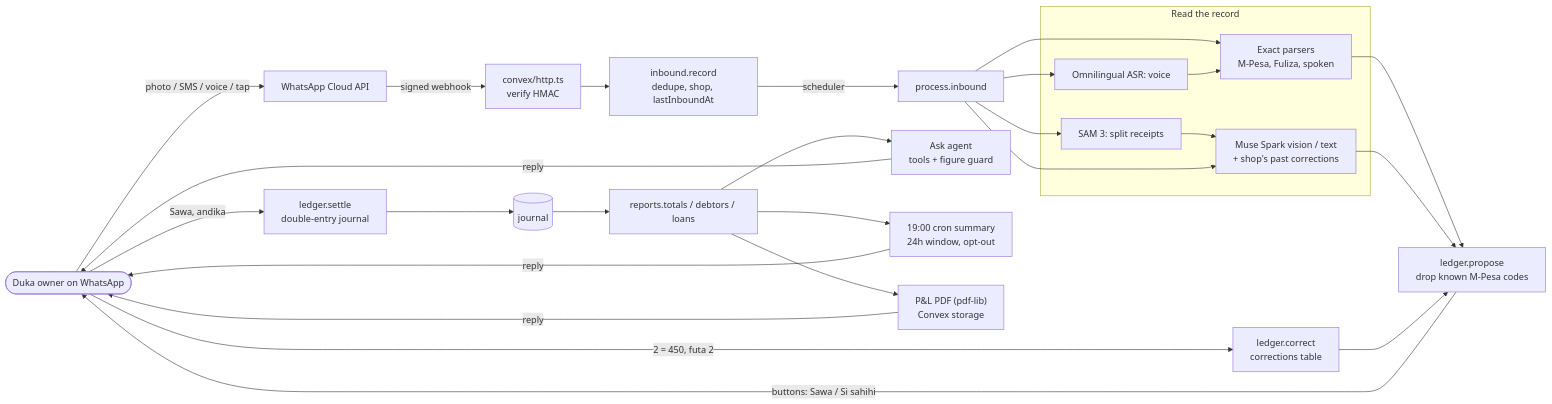
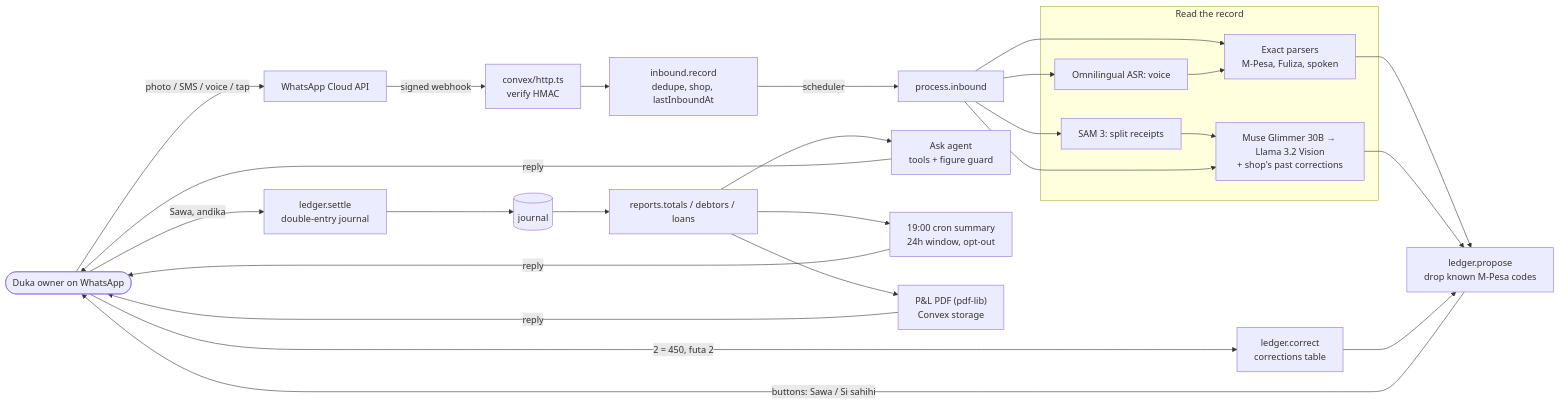
Before and after one commit to fondoadam/duka-books: the diagram in README.md, drawn with Mermaid. The commit also changed other lines of this file and 7 other files, not shown here.

First line of the commit message:
feat: run on Meta open weights without a key: Muse Glimmer 30B on a ZeroGPU Space, Llama 3.2 Vision on our own Mac as fallback (MODEL_PROVIDER=open)

````diff
--- a/README.md
+++ b/README.md
@@ -80,31 +97,31 @@
 ```mermaid
 flowchart LR
   owner([Duka owner on WhatsApp]) -- photo / SMS / voice / tap --> wa[WhatsApp Cloud API]
   wa -- signed webhook --> http["convex/http.ts<br/>verify HMAC"]
   http --> inbound["inbound.record<br/>dedupe, shop, lastInboundAt"]
   inbound -- scheduler --> process["process.inbound"]
 
   subgraph read [Read the record]
     mpesa["Exact parsers<br/>M-Pesa, Fuliza, spoken"]
     sam["SAM 3: split receipts"]
     asr["Omnilingual ASR: voice"]
-    spark["Muse Spark vision / text<br/>+ shop's past corrections"]
+    spark["Muse Glimmer 30B → Llama 3.2 Vision<br/>+ shop's past corrections"]
   end
   process --> mpesa
   process --> sam --> spark
   process --> asr --> mpesa
   process --> spark
 
   mpesa & spark --> proposal["ledger.propose<br/>drop known M-Pesa codes"]
   proposal -- "buttons: Sawa / Si sahihi" --> owner
   owner -- "2 = 450, futa 2" --> fix["ledger.correct<br/>corrections table"]
   fix --> proposal
   owner -- Sawa, andika --> settle["ledger.settle<br/>double-entry journal"]
 
   settle --> journal[(journal)]
   journal --> reports["reports.totals / debtors / loans"]
   reports --> ask["Ask agent<br/>tools + figure guard"]
   reports --> summary["19:00 cron summary<br/>24h window, opt-out"]
   reports --> pnl["P&L PDF (pdf-lib)<br/>Convex storage"]
   ask & summary & pnl -- reply --> owner
 ```
````
